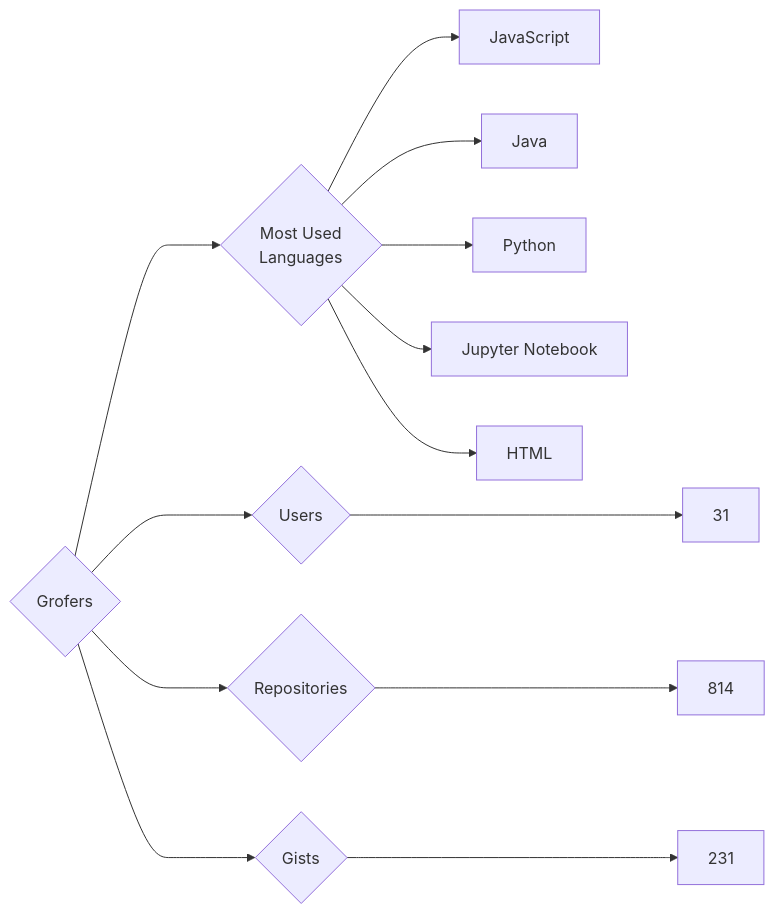
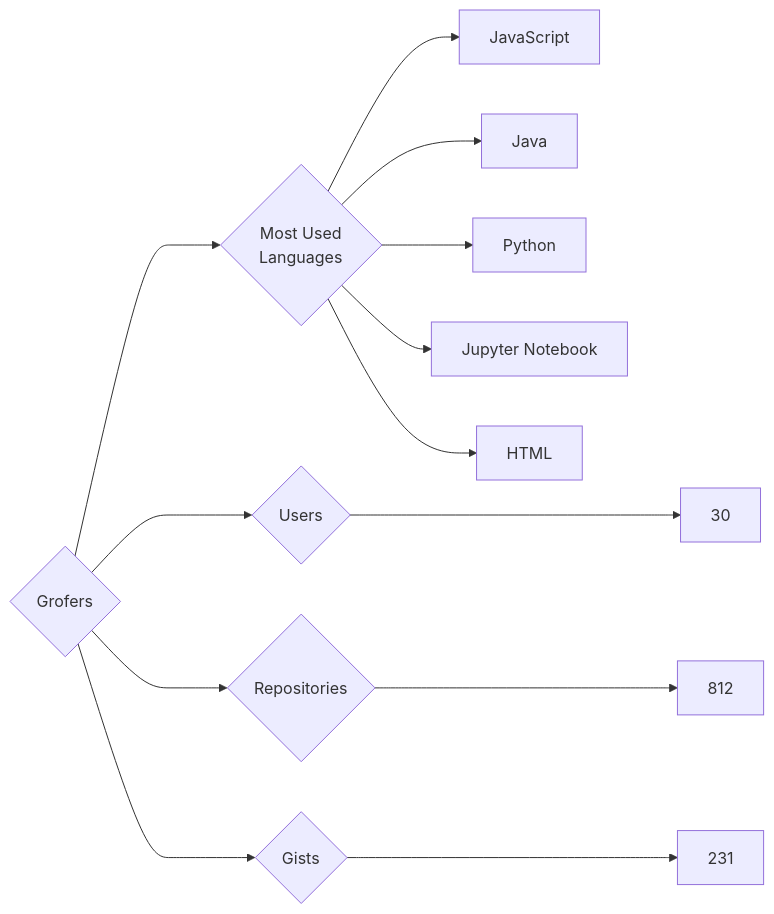
One commit to trickest/insiders changed the diagram in targets/Grofers/README.md. Above: the diagram before and after it, drawn with Mermaid. The commit also changed 899 other files, not shown here.

````diff
--- a/targets/Grofers/README.md
+++ b/targets/Grofers/README.md
@@ -3,13 +3,13 @@
 ```mermaid
 graph LR
 COMPANY_NAME{Grofers}
-COMPANY_NAME ---> U{Users} ---> UN[31]
-COMPANY_NAME ---> R{Repositories} ---> RN[814]
+COMPANY_NAME ---> U{Users} ---> UN[30]
+COMPANY_NAME ---> R{Repositories} ---> RN[812]
 COMPANY_NAME ---> G{Gists} ---> GN[231]
 COMPANY_NAME ---> ML{Most Used<br>Languages}
 ML --> JavaScript[JavaScript]
 ML --> Java[Java]
 ML --> Python[Python]
 ML --> Jupyter_Notebook[Jupyter Notebook]
 ML --> HTML[HTML]
 ```
````
